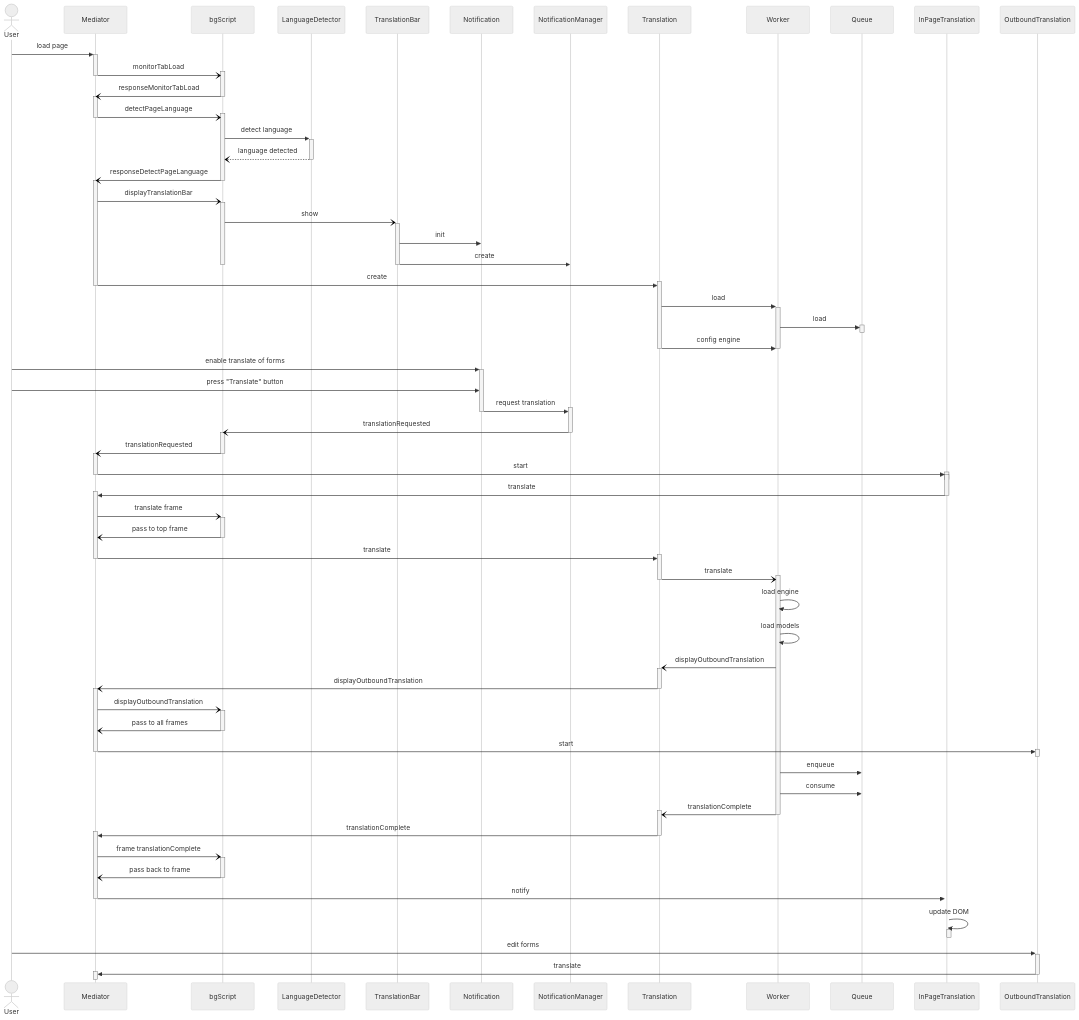
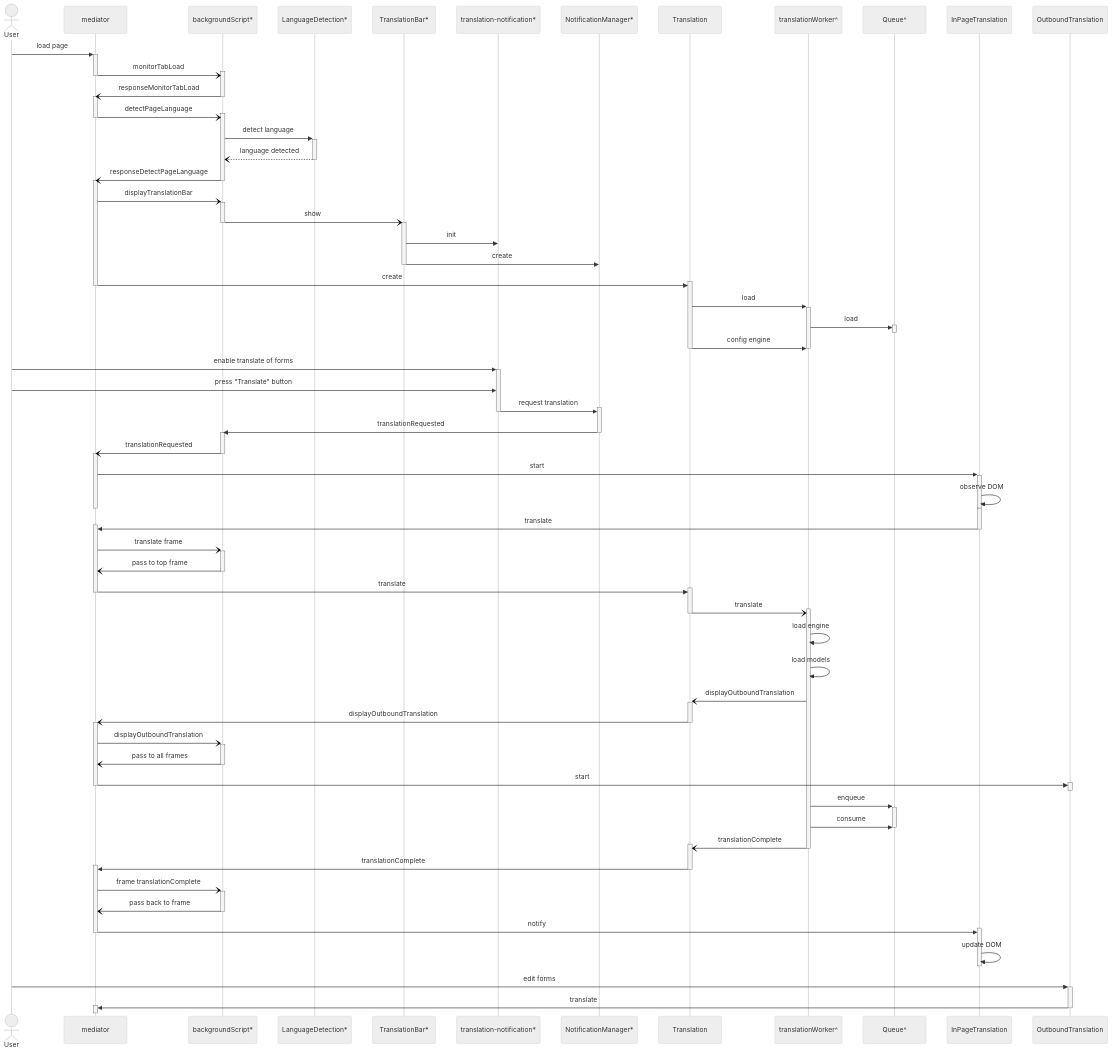
Before and after one commit to mozilla/firefox-translations: the diagram in docs/sequence.md, drawn with Mermaid (neutral theme). The commit also changed other lines of this file, not shown here.

Commit message:
Update diagram

````diff
--- a/docs/sequence.md
+++ b/docs/sequence.md
@@ -3,15 +9,15 @@
 ```mermaid
 sequenceDiagram
     actor User
-    participant m as Mediator
-    participant bg as bgScript
-    participant ld as LanguageDetector
-    participant tb as TranslationBar
-    participant nt as Notification
-    participant ntm as NotificationManager
+    participant m as mediator
+    participant bg as backgroundScript*
+    participant ld as LanguageDetection*
+    participant tb as TranslationBar*
+    participant nt as translation-notification*
+    participant ntm as NotificationManager*
     participant t as Translation
-    participant w as Worker
-    participant q as Queue
+    participant w as translationWorker^
+    participant q as Queue^
     participant ipt as InPageTranslation
     participant obt as OutboundTranslation
     User->>+m: load page
@@ -27,10 +33,10 @@
     activate m
     m-)+bg: displayTranslationBar
     bg-)+tb: show
+    deactivate bg
     tb->>nt: init
     tb->>ntm: create
     deactivate tb
-    deactivate bg
     m->>+t: create
     deactivate m
     t->>+w: load
@@ -43,11 +49,12 @@
     User->>nt: press "Translate" button
     nt->>+ntm: request translation
     deactivate nt
-    ntm-)-bg: translationRequested
+    ntm->>-bg: translationRequested
     activate bg
     bg-)-m: translationRequested
     activate m
     m->>+ipt: start
+    ipt->>ipt: observe DOM
     deactivate m
     deactivate ipt
     activate ipt
@@ -69,8 +76,9 @@
     m->>+obt: start
     deactivate obt
     deactivate m
-    w->>q: enqueue
+    w->>+q: enqueue
     w->>q: consume
+    deactivate q
     w-)+t: translationComplete
     deactivate w
     t->>+m: translationComplete
@@ -79,7 +87,7 @@
     bg-)-m: pass back to frame
     m->>+ipt: notify
     deactivate m
-    ipt->>+ipt: update DOM
+    ipt->>ipt: update DOM
     deactivate ipt
     User->>+obt: edit forms
     obt->>+m: translate
````
